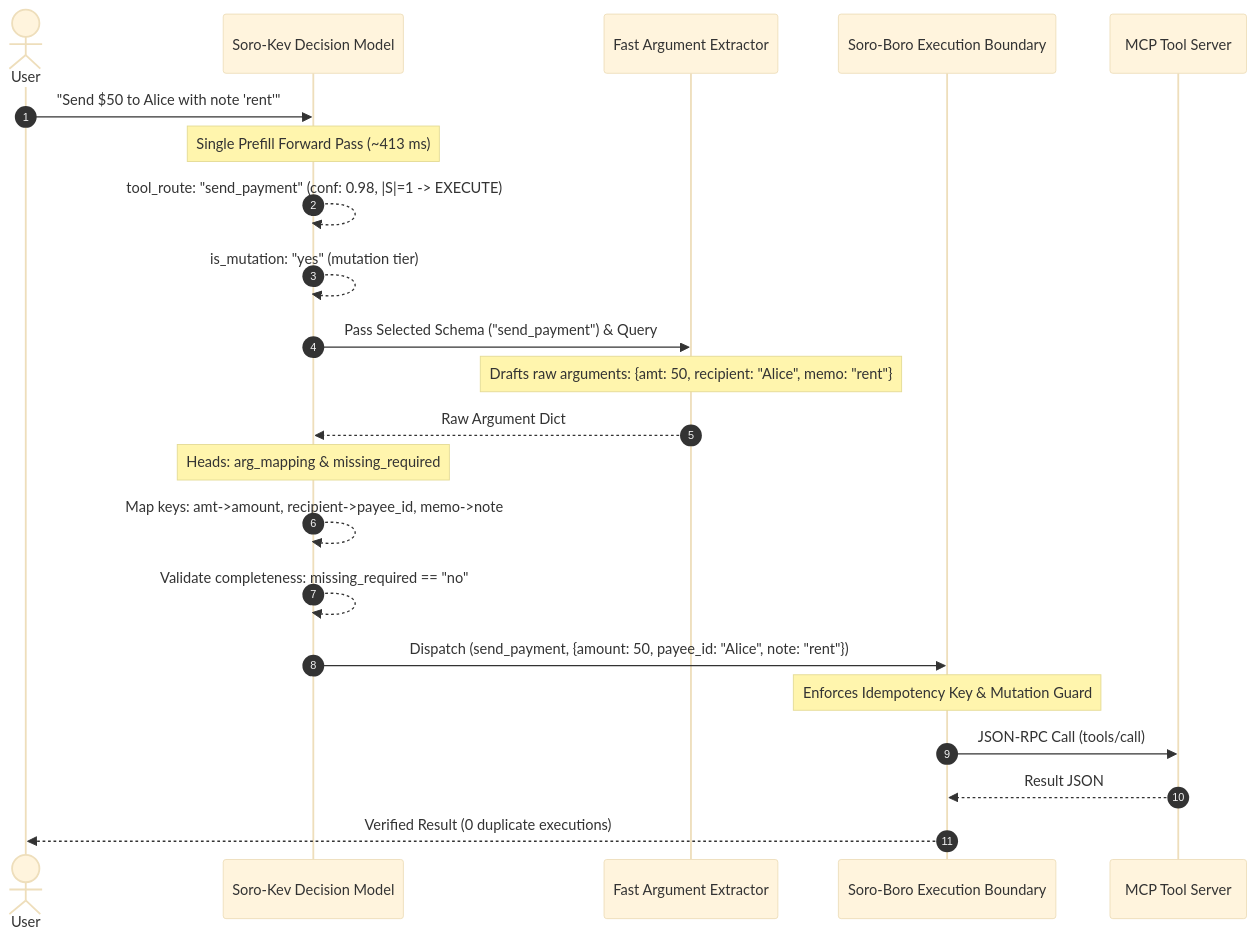
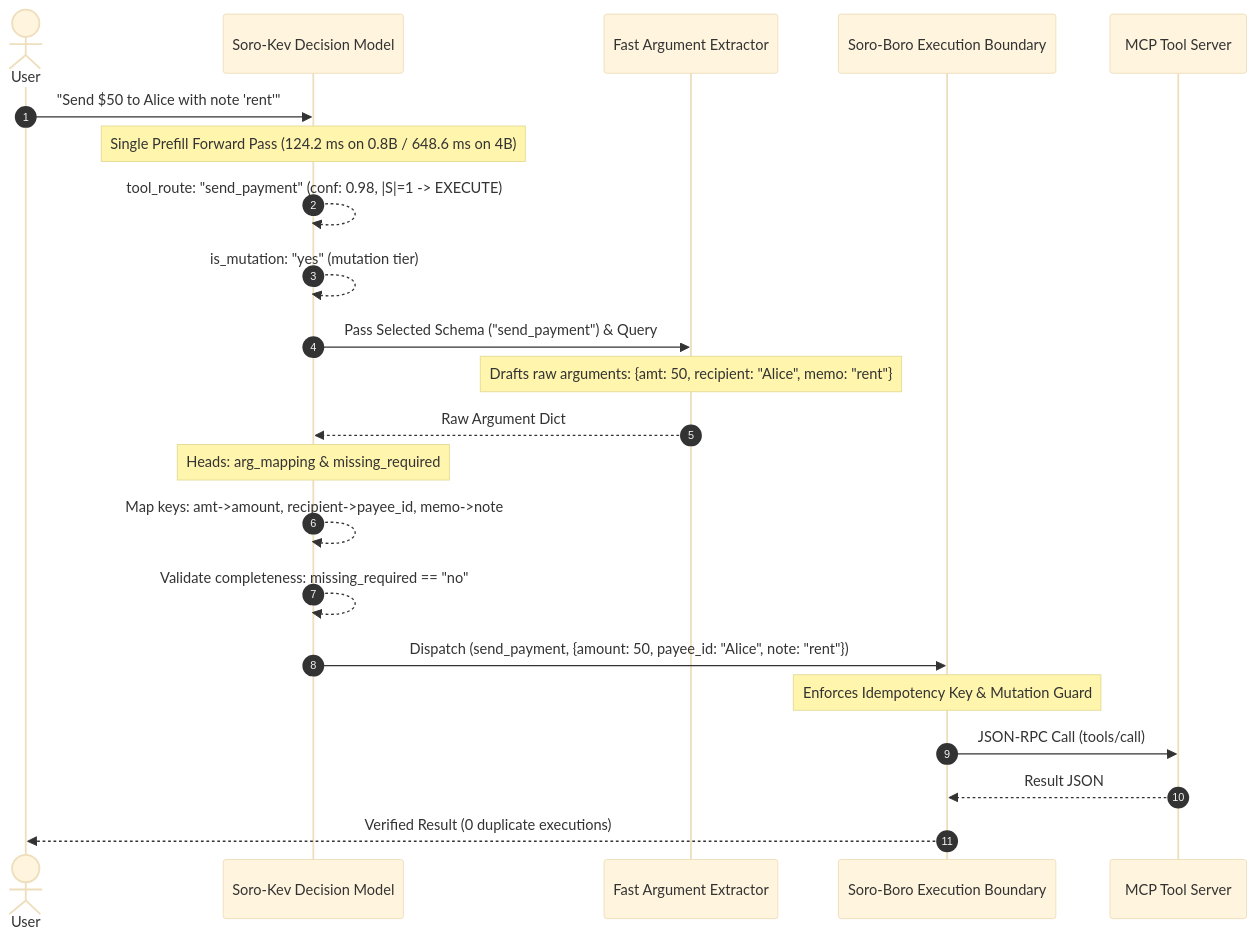
The diagram in README.md (nisaral/Soro-Boro), drawn with Mermaid (base theme) before and after one commit. The commit also changed other lines of this file and 22 other files, not shown here.

````diff
--- a/README.md
+++ b/README.md
@@ -101,28 +101,28 @@
 ```mermaid
 sequenceDiagram
     autonumber
     actor User
     participant Router as Soro-Kev Decision Model
     participant Extractor as Fast Argument Extractor
     participant Boundary as Soro-Boro Execution Boundary
     participant MCP as MCP Tool Server
 
     User->>Router: "Send $50 to Alice with note 'rent'"
-    Note over Router: Single Prefill Forward Pass (~413 ms)
+    Note over Router: Single Prefill Forward Pass (124.2 ms on 0.8B / 648.6 ms on 4B)
     Router-->>Router: tool_route: "send_payment" (conf: 0.98, |S|=1 -> EXECUTE)
     Router-->>Router: is_mutation: "yes" (mutation tier)
     
     Router->>Extractor: Pass Selected Schema ("send_payment") & Query
     Note over Extractor: Drafts raw arguments: {amt: 50, recipient: "Alice", memo: "rent"}
     Extractor-->>Router: Raw Argument Dict
     
     Note over Router: Heads: arg_mapping & missing_required
     Router-->>Router: Map keys: amt->amount, recipient->payee_id, memo->note
     Router-->>Router: Validate completeness: missing_required == "no"
     
     Router->>Boundary: Dispatch (send_payment, {amount: 50, payee_id: "Alice", note: "rent"})
     Note over Boundary: Enforces Idempotency Key & Mutation Guard
     Boundary->>MCP: JSON-RPC Call (tools/call)
     MCP-->>Boundary: Result JSON
     Boundary-->>User: Verified Result (0 duplicate executions)
 ```
````
